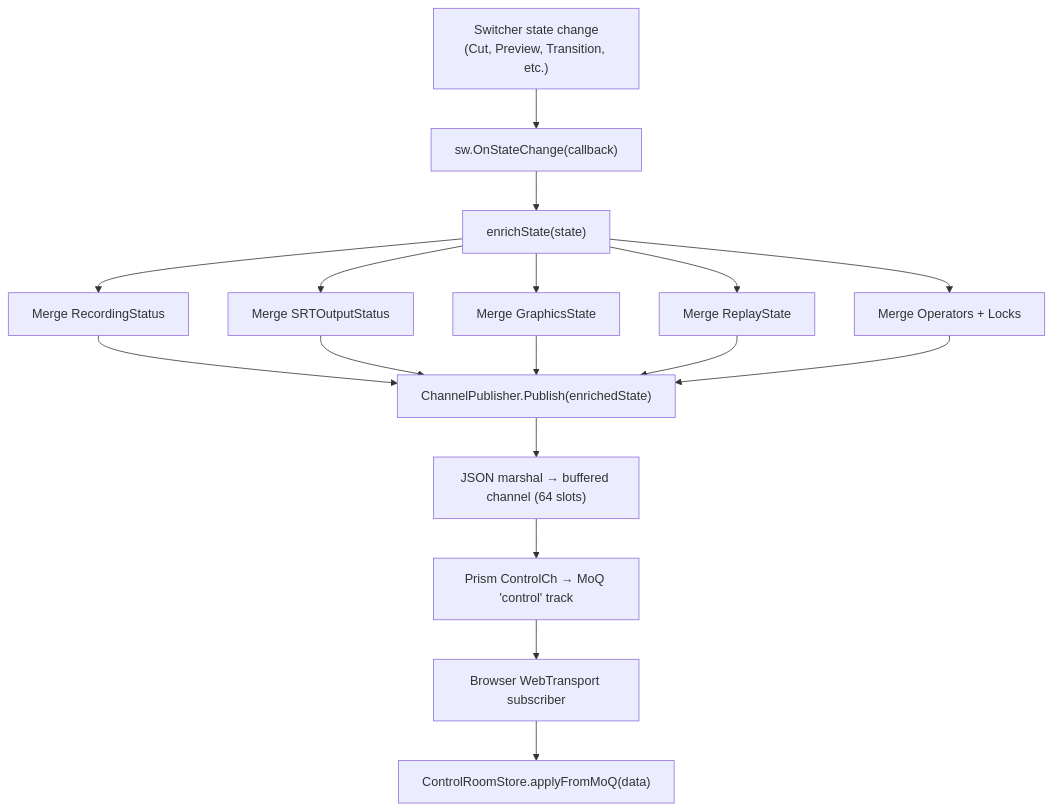
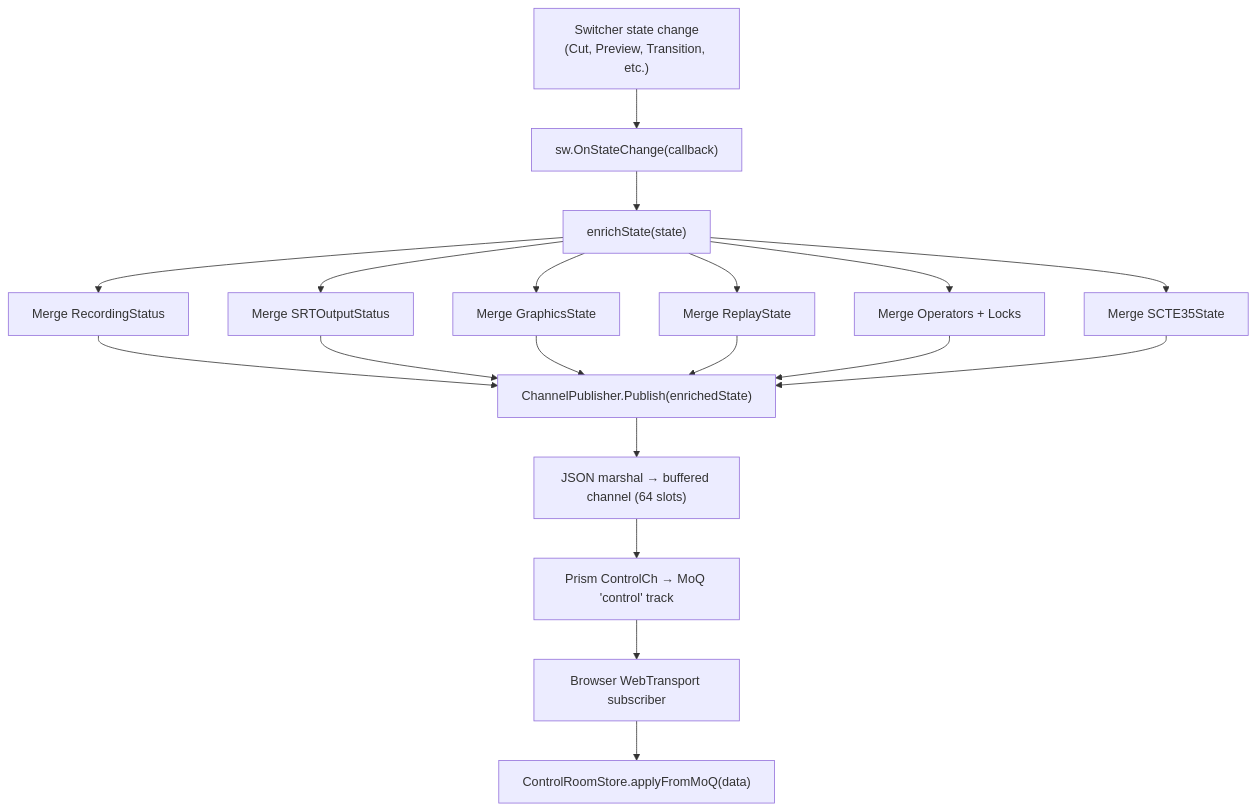
Before and after one commit to zsiec/switchframe: the ninth of 23 diagrams in docs/architecture.md, drawn with Mermaid. The commit also changed other lines of this file, not shown here.

First line of the commit message:
docs(architecture): update diagrams and text for Pipeline.Run() node chain

````diff
--- a/docs/architecture.md
+++ b/docs/architecture.md
@@ -466,19 +472,21 @@
 ```mermaid
 flowchart TD
     event["Switcher state change<br/>(Cut, Preview, Transition, etc.)"] --> cb["sw.OnStateChange(callback)"]
     cb --> enrich["enrichState(state)"]
     enrich --> rec["Merge RecordingStatus"]
     enrich --> srt["Merge SRTOutputStatus"]
     enrich --> gfx["Merge GraphicsState"]
     enrich --> rpl["Merge ReplayState"]
     enrich --> ops["Merge Operators + Locks"]
+    enrich --> s35["Merge SCTE35State"]
     rec --> pub["ChannelPublisher.Publish(enrichedState)"]
     srt --> pub
     gfx --> pub
     rpl --> pub
     ops --> pub
+    s35 --> pub
     pub --> json["JSON marshal → buffered channel (64 slots)"]
     json --> prism["Prism ControlCh → MoQ 'control' track"]
     prism --> wt["Browser WebTransport subscriber"]
     wt --> store["ControlRoomStore.applyFromMoQ(data)"]
 ```
````
